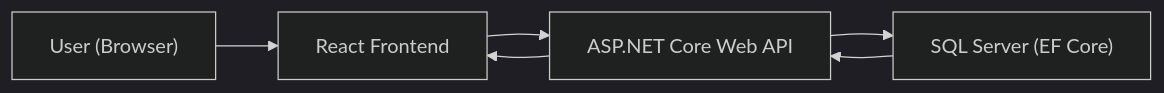
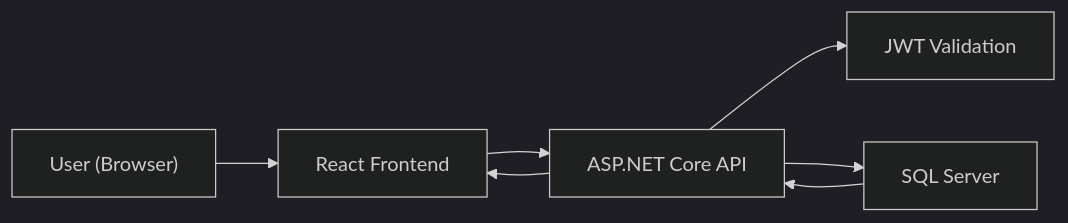
Before and after one commit to regvedpande/EmployeeManager: the first of 2 diagrams in README.md, drawn with Mermaid (dark theme). The commit also changed other lines of this file, not shown here.

````diff
--- a/README.md
+++ b/README.md
@@ -30,8 +28,15 @@
 ```mermaid
 flowchart LR
-    User["User (Browser)"] --> ReactUI["React Frontend"]
-    ReactUI --> API["ASP.NET Core Web API"]
-    API --> DB["SQL Server (EF Core)"]
-    DB --> API
-    API --> ReactUI
+  U["User (Browser)"]
+  FE["React Frontend"]
+  API["ASP.NET Core API"]
+  AUTH["JWT Validation"]
+  DB["SQL Server"]
+
+  U --> FE
+  FE --> API
+  API --> AUTH
+  API --> DB
+  DB --> API
+  API --> FE
 ```
````
